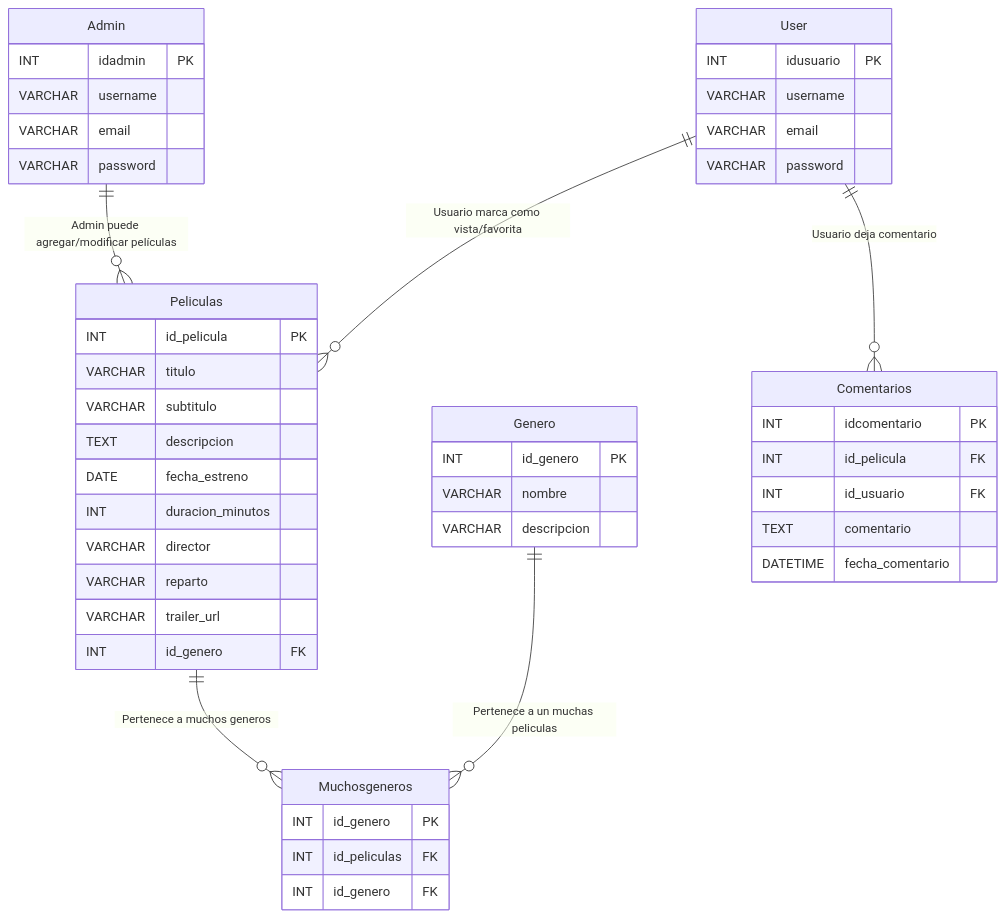
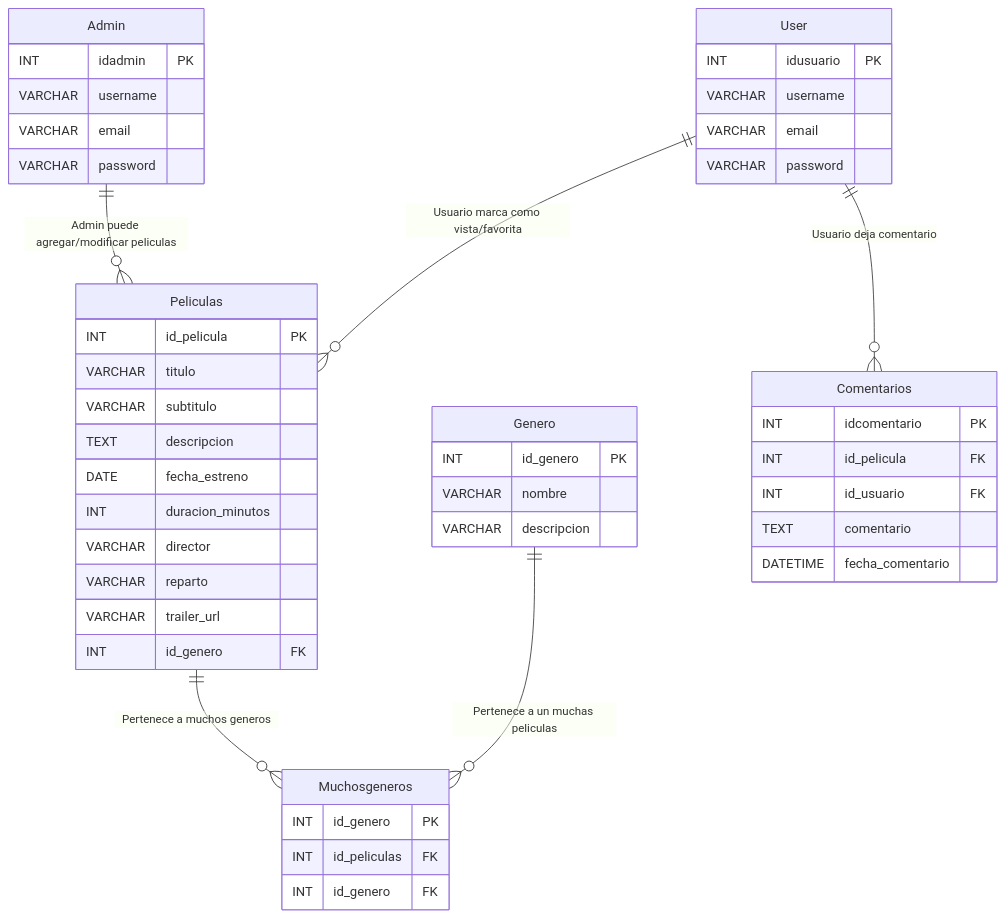
Before and after one commit to Sherklan12e/pelis: the diagram in README.md, drawn with Mermaid.

````diff
--- a/README.md
+++ b/README.md
@@ -6,52 +6,52 @@
 ```mermaid
 
 erDiagram
     User {
         INT idusuario PK
         VARCHAR username
         VARCHAR email
         VARCHAR password
     }
     Admin {
         INT idadmin PK
         VARCHAR username
         VARCHAR email
         VARCHAR password
     }
     Peliculas {
         INT id_pelicula PK
         VARCHAR titulo
         VARCHAR subtitulo
         TEXT descripcion
         DATE fecha_estreno
         INT duracion_minutos
         VARCHAR director
         VARCHAR reparto
         VARCHAR trailer_url
         INT id_genero FK
     }
     Muchosgeneros{
         INT id_genero PK
         INT id_peliculas FK
         INT id_genero FK
     }
     Genero {
         INT id_genero PK
         VARCHAR nombre
         VARCHAR descripcion
     }
     Comentarios {
         INT idcomentario PK
         INT id_pelicula FK
         INT id_usuario FK
         TEXT comentario
         DATETIME fecha_comentario
     }
 
     User ||--o{ Comentarios: "Usuario deja comentario"
-    Admin ||--o{ Peliculas: "Admin puede agregar/modificar películas"
+    Admin ||--o{ Peliculas: "Admin puede agregar/modificar peliculas"
     Peliculas ||--o{ Muchosgeneros: "Pertenece a muchos generos"
     Genero ||--o{ Muchosgeneros: "Pertenece a un muchas peliculas"
     User ||--o{ Peliculas: "Usuario marca como vista/favorita"
 
 ```
````
